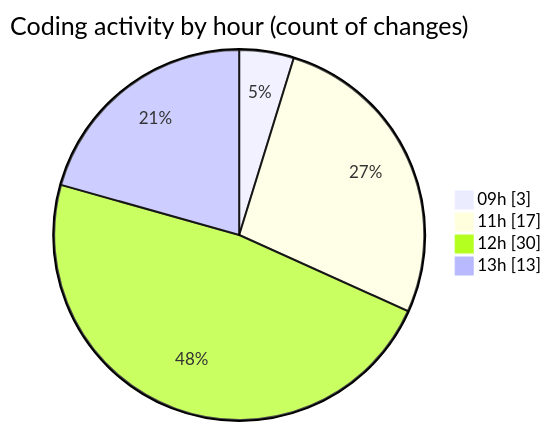
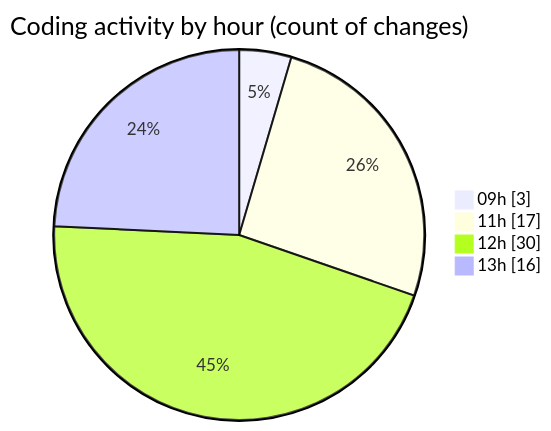
Before and after one commit to julien-gomy/code-tracking: the second of 2 diagrams in 2025-10-15/eventscop-api-guide__workspace_/README.md, drawn with Mermaid. The commit also changed other lines of this file and 1 other file, not shown here.

````diff
--- a/2025-10-15/eventscop-api-guide__workspace_/README.md
+++ b/2025-10-15/eventscop-api-guide__workspace_/README.md
@@ -39,8 +39,8 @@
 ```mermaid
 pie showData
 title Coding activity by hour (count of changes)
 "09h" : 3
 "11h" : 17
 "12h" : 30
-"13h" : 13
+"13h" : 16
 ```
````
